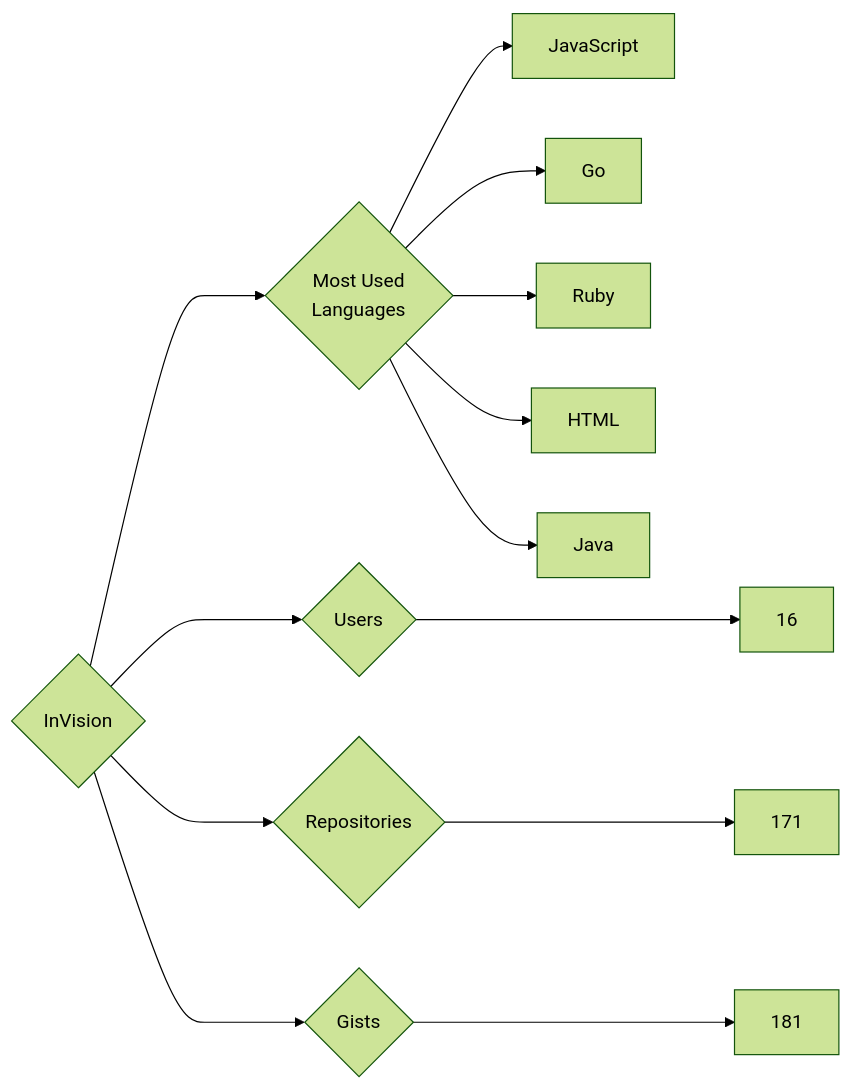
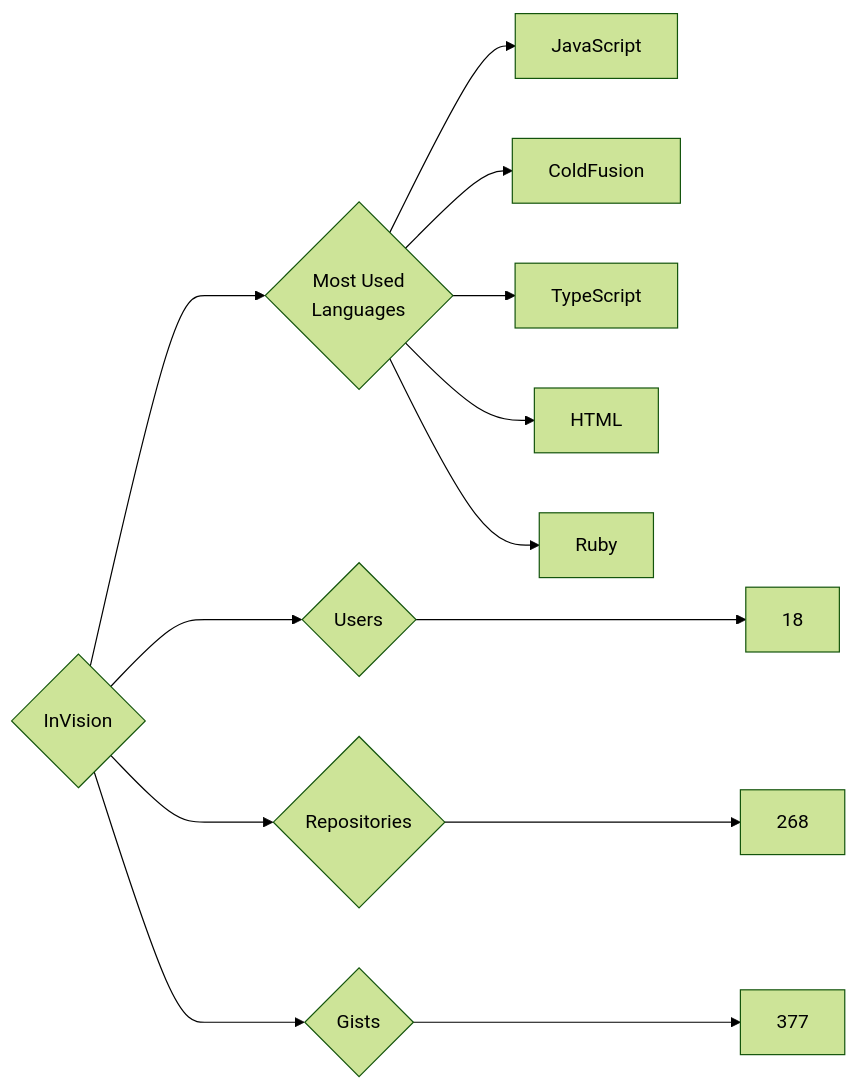
Before and after one commit to trickest/insiders: the diagram in targets/InVision/README.md, drawn with Mermaid (forest theme). The commit also changed 826 other files, not shown here.

````diff
--- a/targets/InVision/README.md
+++ b/targets/InVision/README.md
@@ -3,13 +3,13 @@
 ```mermaid
 graph LR
 COMPANY_NAME{InVision}
-COMPANY_NAME ---> U{Users} ---> UN[16]
-COMPANY_NAME ---> R{Repositories} ---> RN[171]
-COMPANY_NAME ---> G{Gists} ---> GN[181]
+COMPANY_NAME ---> U{Users} ---> UN[18]
+COMPANY_NAME ---> R{Repositories} ---> RN[268]
+COMPANY_NAME ---> G{Gists} ---> GN[377]
 COMPANY_NAME ---> ML{Most Used<br>Languages}
 ML --> JavaScript[JavaScript]
-ML --> Go[Go]
+ML --> ColdFusion[ColdFusion]
+ML --> TypeScript[TypeScript]
+ML --> HTML[HTML]
 ML --> Ruby[Ruby]
-ML --> HTML[HTML]
-ML --> Java[Java]
 ```
````
